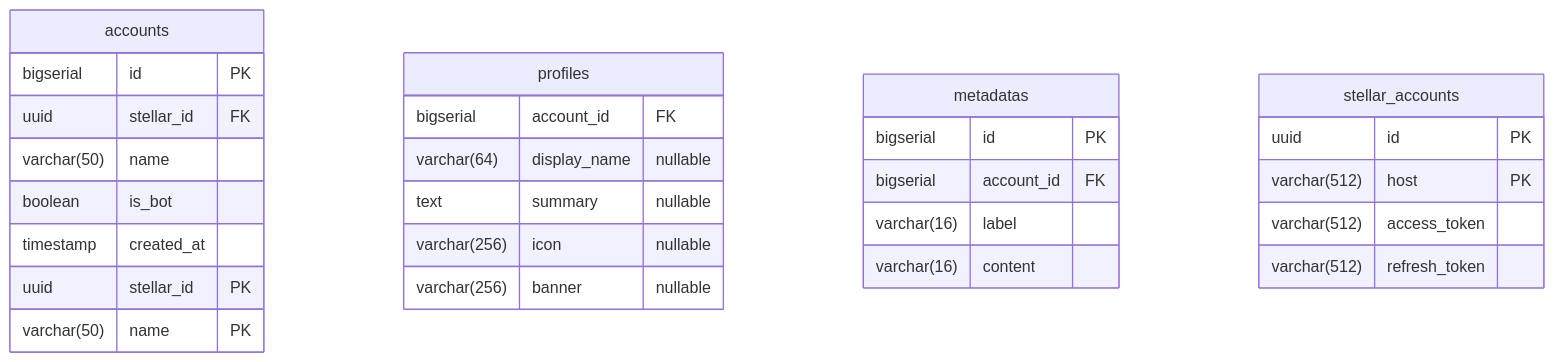
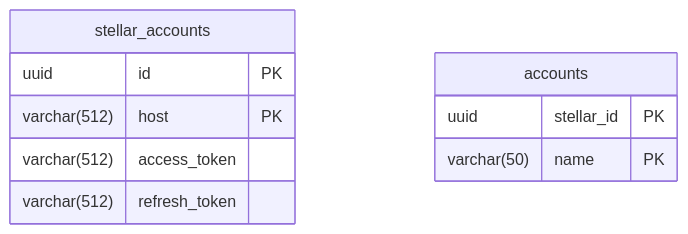
One commit to ShuttlePub/document changed the first of 2 diagrams in docs/shuttlepub-core/data-structure.md. Above: the diagram before and after it, drawn with Mermaid. The commit also changed other lines of this file and 1 other file, not shown here.

Commit message:
Fix mistook changes
shuttlepub-accountsを弄ってるつもりがcoreを弄ってたので修正

````diff
--- a/docs/shuttlepub-core/data-structure.md
+++ b/docs/shuttlepub-core/data-structure.md
@@ -5,33 +5,13 @@
 ```mermaid
 erDiagram
-accounts {
-	bigserial id "PK"
-	uuid stellar_id "FK"
-	varchar(50) name
-	boolean is_bot
-	timestamp created_at
-}
-profiles {
-	bigserial account_id "FK"
-	varchar(64) display_name "nullable"
-	text summary "nullable"
- 	varchar(256) icon "nullable"
-	varchar(256) banner "nullable"
-}
-metadatas {
-	bigserial id "PK"
-	bigserial account_id "FK"
-	varchar(16) label
-	varchar(16) content
-}
 stellar_accounts {
 	uuid id "PK"
 	varchar(512) host "PK"
 	varchar(512) access_token
 	varchar(512) refresh_token
 }
 accounts {
 	uuid stellar_id "PK" 
 	varchar(50) name "PK"
 }
 ```
````
